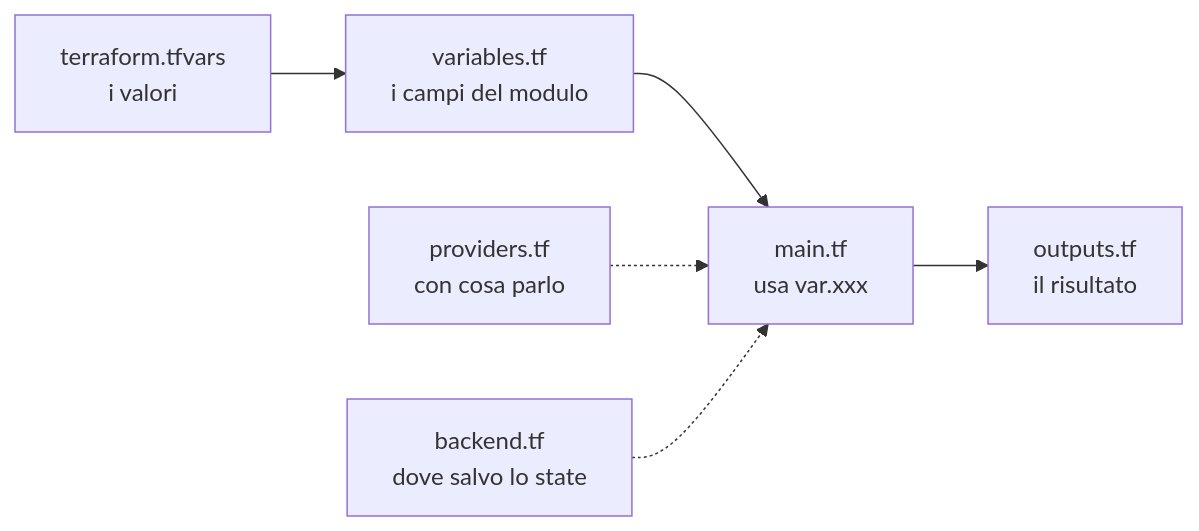
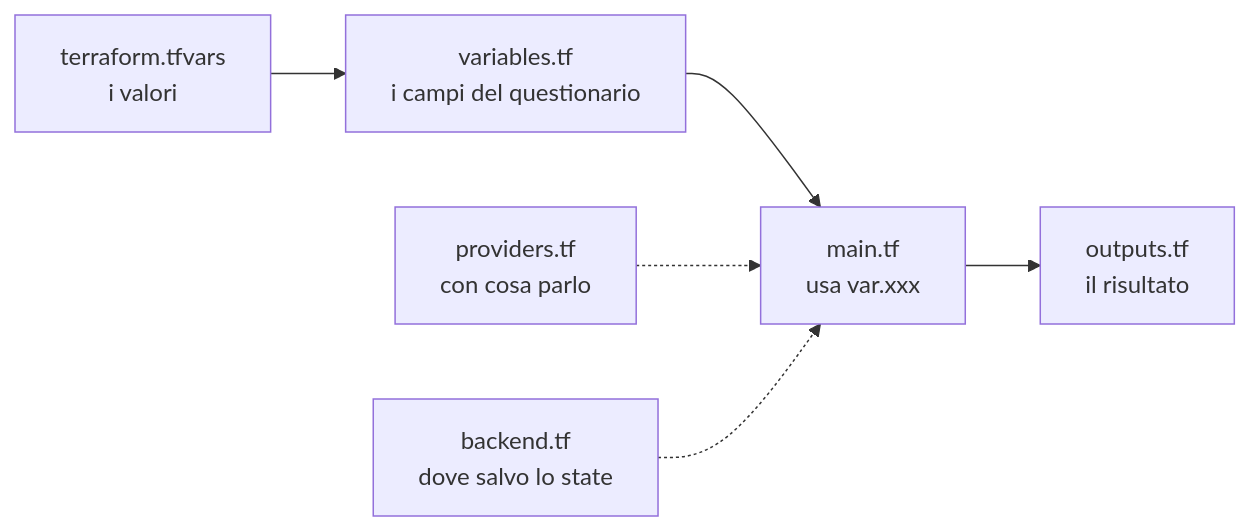
Before and after one commit to cereZ23/aws: the first of 3 diagrams in dispense/dispensa-0-terraform.md, drawn with Mermaid. The commit also changed other lines of this file and 2 other files, not shown here.

````diff
--- a/dispense/dispensa-0-terraform.md
+++ b/dispense/dispensa-0-terraform.md
@@ -193,8 +239,8 @@
 ```mermaid
 flowchart LR
-    TFV["terraform.tfvars<br/>i valori"] --> VAR["variables.tf<br/>i campi del modulo"]
+    TFV["terraform.tfvars<br/>i valori"] --> VAR["variables.tf<br/>i campi del questionario"]
     VAR --> MAIN["main.tf<br/>usa var.xxx"]
     MAIN --> OUT["outputs.tf<br/>il risultato"]
     PROV["providers.tf<br/>con cosa parlo"] -.-> MAIN
     BACK["backend.tf<br/>dove salvo lo state"] -.-> MAIN
 ```
````
